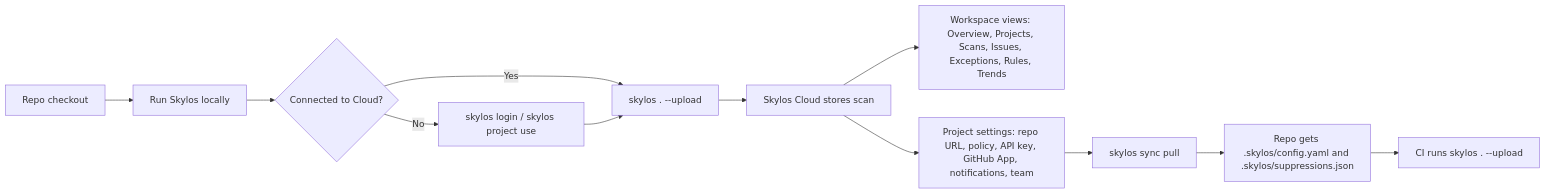
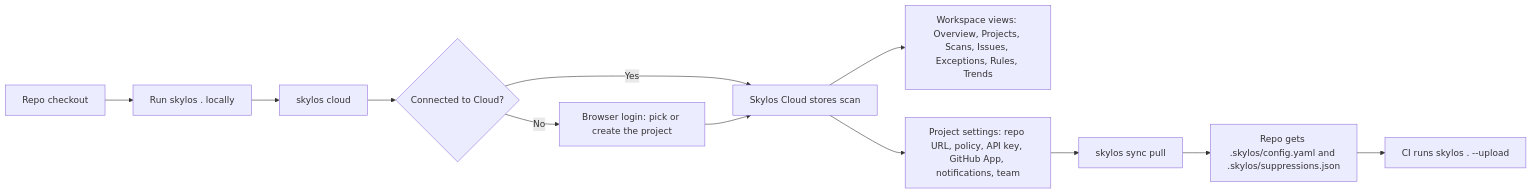
The diagram in docs/cloud-workflow.mdx (duriantaco/skylos-docs), drawn with Mermaid before and after one commit. The commit also changed other lines of this file and 9 other files, not shown here.

Commit message:
docs: make skylos cloud the way to use Skylos Cloud

````diff
--- a/docs/cloud-workflow.mdx
+++ b/docs/cloud-workflow.mdx
@@ -32,14 +38,14 @@
 ```mermaid
 flowchart LR
-    A[Repo checkout] --> B[Run Skylos locally]
-    B --> C{Connected to Cloud?}
-    C -- No --> D[skylos login / skylos project use]
-    C -- Yes --> E[skylos . --upload]
-    D --> E
-    E --> F[Skylos Cloud stores scan]
+    A[Repo checkout] --> B[Run skylos . locally]
+    B --> E[skylos cloud]
+    E --> C{Connected to Cloud?}
+    C -- No --> D[Browser login: pick or create the project]
+    C -- Yes --> F[Skylos Cloud stores scan]
+    D --> F
     F --> G[Workspace views: Overview, Projects, Scans, Issues, Exceptions, Rules, Trends]
     F --> H[Project settings: repo URL, policy, API key, GitHub App, notifications, team]
     H --> I[skylos sync pull]
     I --> J[Repo gets .skylos/config.yaml and .skylos/suppressions.json]
     J --> K[CI runs skylos . --upload]
 ```
````
